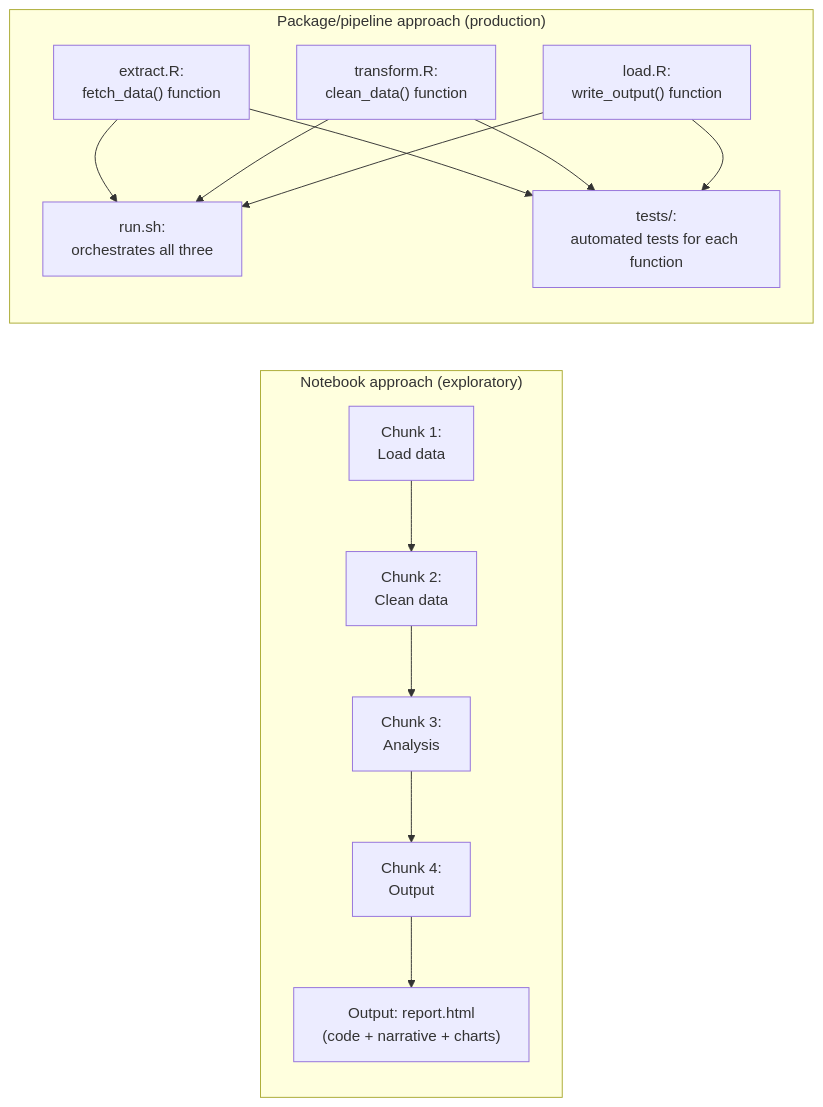
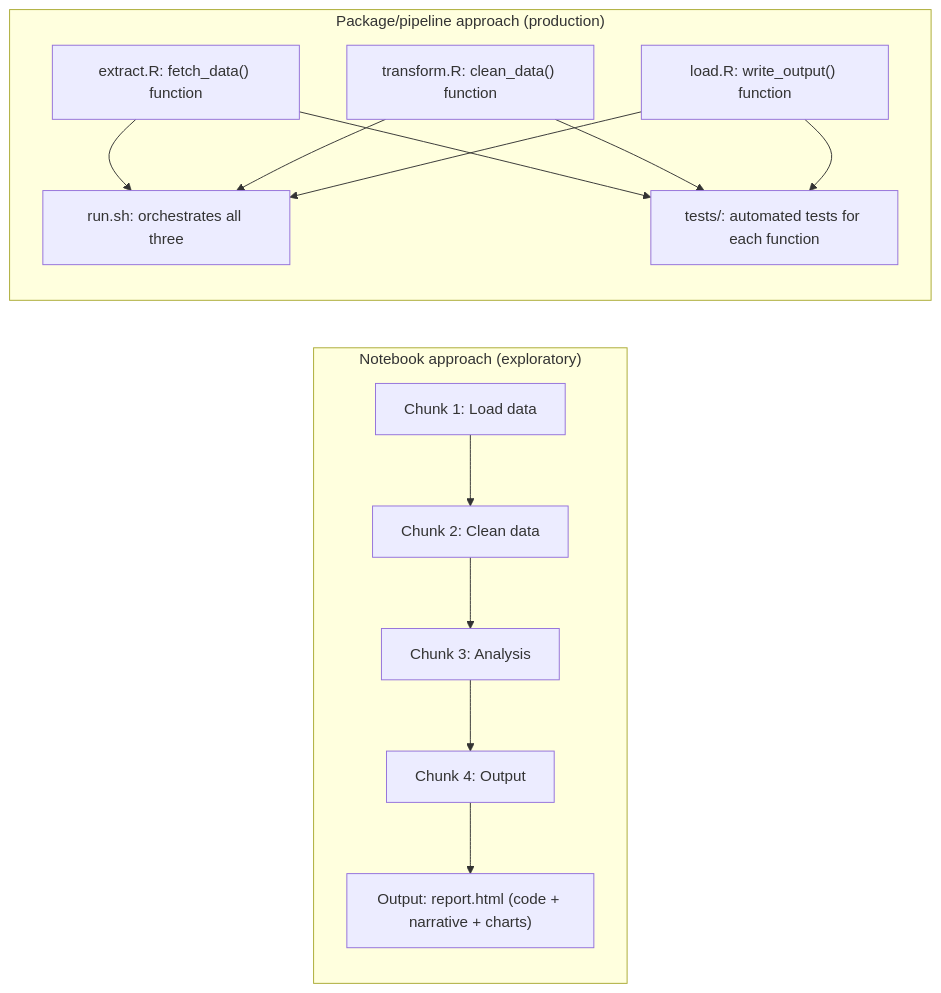
One commit to Ch3w3y/docker_gcp changed the first of 2 diagrams in docs/code-organisation.md. Above: the diagram before and after it, drawn with Mermaid. The commit also changed other lines of this file and 10 other files, not shown here.

First line of the commit message:
Fix mermaid diagram rendering: replace literal \n with spaces

````diff
--- a/docs/code-organisation.md
+++ b/docs/code-organisation.md
@@ -23,23 +23,23 @@
 ```mermaid
 flowchart LR
     subgraph NB["Notebook approach (exploratory)"]
         direction TB
-        N1["Chunk 1:\nLoad data"]
-        N2["Chunk 2:\nClean data"]
-        N3["Chunk 3:\nAnalysis"]
-        N4["Chunk 4:\nOutput"]
-        N5["Output: report.html\n(code + narrative + charts)"]
+        N1["Chunk 1: Load data"]
+        N2["Chunk 2: Clean data"]
+        N3["Chunk 3: Analysis"]
+        N4["Chunk 4: Output"]
+        N5["Output: report.html (code + narrative + charts)"]
         N1 --> N2 --> N3 --> N4 --> N5
     end
 
     subgraph PKG["Package/pipeline approach (production)"]
         direction TB
-        P1["extract.R:\nfetch_data() function"]
-        P2["transform.R:\nclean_data() function"]
-        P3["load.R:\nwrite_output() function"]
-        P4["run.sh:\norchestrates all three"]
-        P5["tests/:\nautomated tests for each function"]
+        P1["extract.R: fetch_data() function"]
+        P2["transform.R: clean_data() function"]
+        P3["load.R: write_output() function"]
+        P4["run.sh: orchestrates all three"]
+        P5["tests/: automated tests for each function"]
         P1 & P2 & P3 --> P4
         P1 & P2 & P3 --> P5
     end
 ```
````
